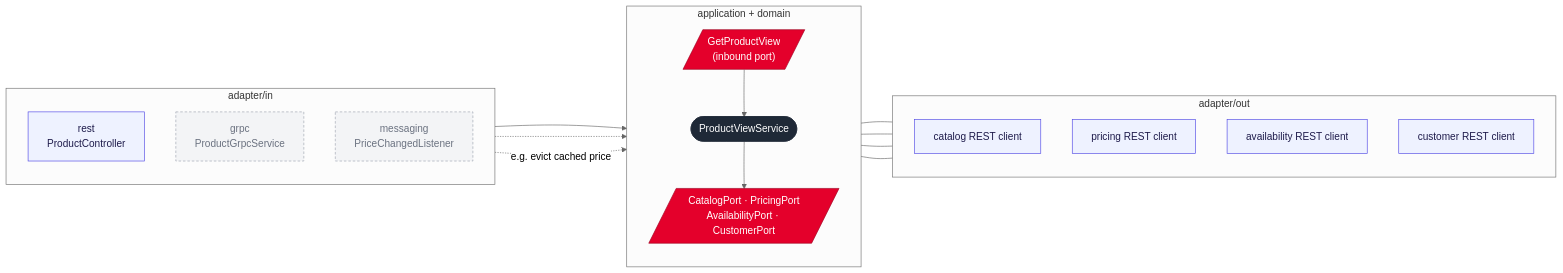
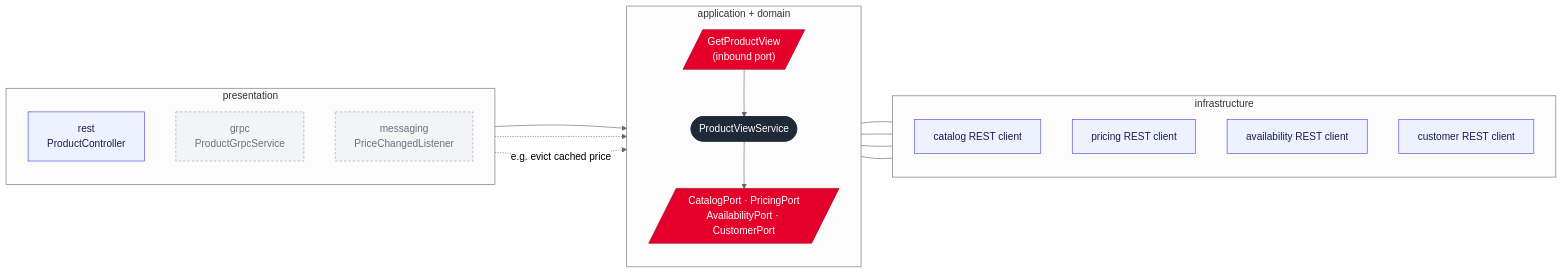
One commit to dawid-walter/shopper changed the first of 3 diagrams in docs/04-module-architecture.md. Above: the diagram before and after it, drawn with Mermaid (neutral theme). The commit also changed other lines of this file and 3 other files, not shown here.

First line of the commit message:
docs(adr): adopt domain, application, infrastructure and presentation layers

````diff
--- a/docs/04-module-architecture.md
+++ b/docs/04-module-architecture.md
@@ -14,36 +15,36 @@
 ```mermaid
 flowchart LR
-  subgraph in["adapter/in"]
+  subgraph in["presentation"]
     direction TB
     REST["rest<br/>ProductController"]
     GRPC["grpc<br/>ProductGrpcService"]
     MSG["messaging<br/>PriceChangedListener"]
   end
   subgraph core["application + domain"]
     direction TB
     UC[/"GetProductView<br/>(inbound port)"/]
     SVC(["ProductViewService"])
     OUTP[/"CatalogPort · PricingPort<br/>AvailabilityPort · CustomerPort"/]
     UC --> SVC --> OUTP
   end
-  subgraph out["adapter/out"]
+  subgraph out["infrastructure"]
     direction TB
     C1["catalog REST client"]
     C2["pricing REST client"]
     C3["availability REST client"]
     C4["customer REST client"]
   end
   REST --> UC
   GRPC -.-> UC
   MSG -. "e.g. evict cached price" .-> SVC
   OUTP --- C1 & C2 & C3 & C4
 
   classDef core fill:#1f2937,stroke:#1f2937,color:#fff
   classDef port fill:#e4002b,stroke:#9f0020,color:#fff
   classDef adapter fill:#eef2ff,stroke:#4f46e5,color:#1e1b4b
   classDef future fill:#f3f4f6,stroke:#9ca3af,color:#6b7280,stroke-dasharray:4 3
   class SVC core
   class UC,OUTP port
   class REST,C1,C2,C3,C4 adapter
   class GRPC,MSG future
 ```
````
